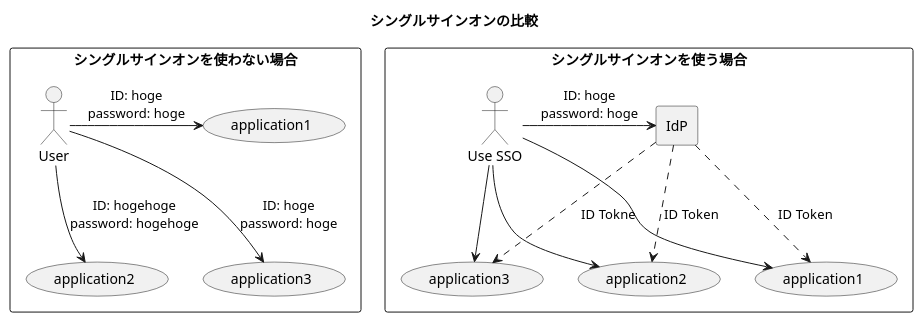
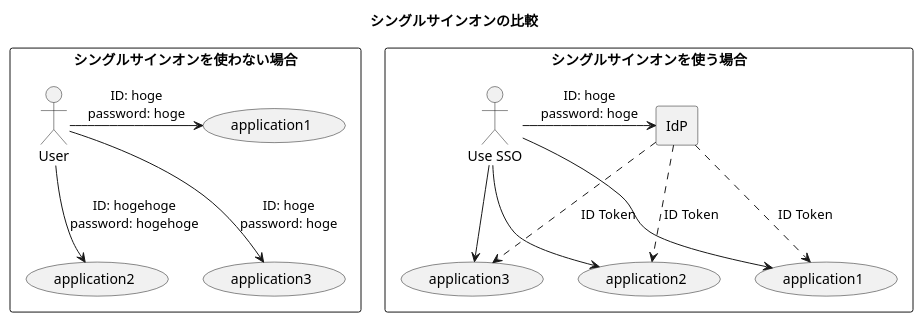
One commit to Lee266/my-docs changed the diagram in authentication/sso.pu. Above: the diagram before and after it, drawn with PlantUML.

Commit message:
fix: タイポ修正

```diff
--- a/authentication/sso.pu
+++ b/authentication/sso.pu
@@ -1,29 +1,29 @@
 @startuml SSO
 title シングルサインオンの比較
 
 rectangle "シングルサインオンを使わない場合" {
   "User" as User
   User -> (Use): ID: hoge\npassword: hoge
   User --> (Use2): ID: hogehoge\npassword: hogehoge
   User --> (Use3): ID: hoge\npassword: hoge
 }
 
 rectangle "シングルサインオンを使う場合" {
   "Use SSO" as Admin
   Admin --> (Use4)
   Admin --> (Use5)
   Admin --> (Use6)
   rectangle "IdP" {
       Admin -> (IdP): ID: hoge\npassword: hoge
       (IdP) ..> (Use4): ID Token
       (IdP) ..> (Use5): ID Token
-      (IdP) ..> (Use6): ID Tokne
+      (IdP) ..> (Use6): ID Token
   }
 }
 "application1" as (Use)
 "application2" as (Use2)
 "application3" as (Use3)
 "application1" as (Use4)
 "application2" as (Use5)
 "application3" as (Use6)
 @enduml
```
